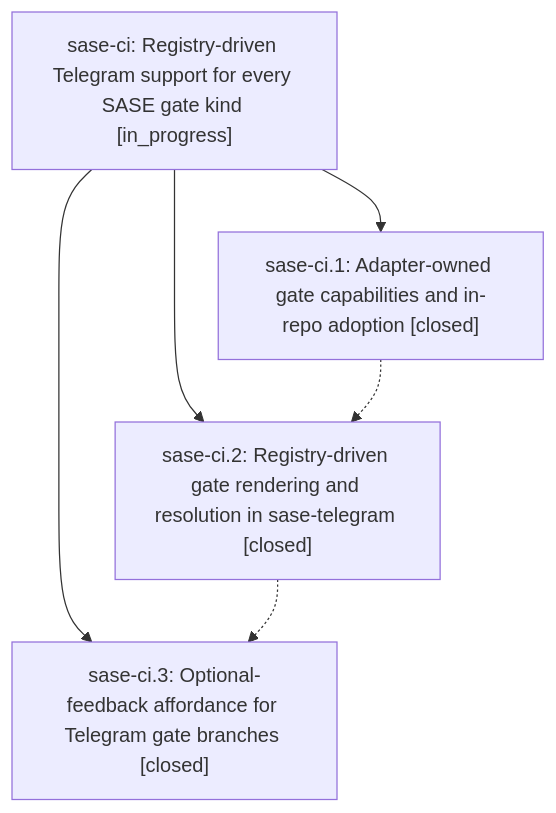
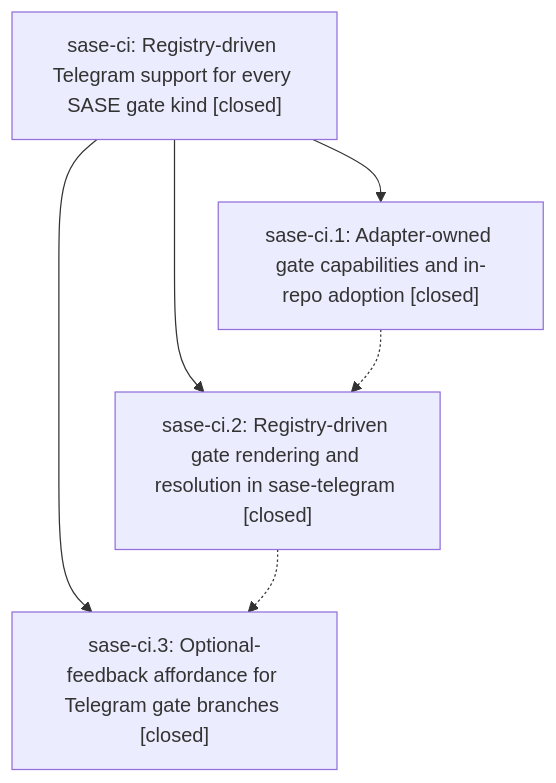
Before and after one commit to sase-org/sase--beads: the diagram in pages/sase-ci/README.md, drawn with Mermaid. The commit also changed other lines of this file, not shown here.

First line of the commit message:
chore(beads): sync bead state and pages for sase-ci

````diff
--- a/pages/sase-ci/README.md
+++ b/pages/sase-ci/README.md
@@ -24,12 +32,12 @@
 ```mermaid
 flowchart TD
-    n0["sase-ci: Registry-driven Telegram support for every SASE gate kind [in_progress]"]
+    n0["sase-ci: Registry-driven Telegram support for every SASE gate kind [closed]"]
     n1["sase-ci.1: Adapter-owned gate capabilities and in-repo adoption [closed]"]
     n2["sase-ci.2: Registry-driven gate rendering and resolution in sase-telegram [closed]"]
     n3["sase-ci.3: Optional-feedback affordance for Telegram gate branches [closed]"]
     n0 --> n1
     n0 --> n2
     n0 --> n3
     n1 -.-> n2
     n2 -.-> n3
 ```
````
